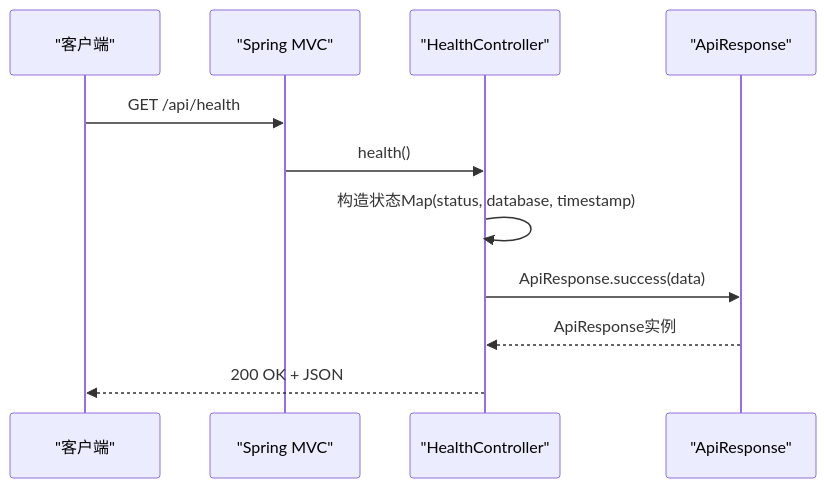
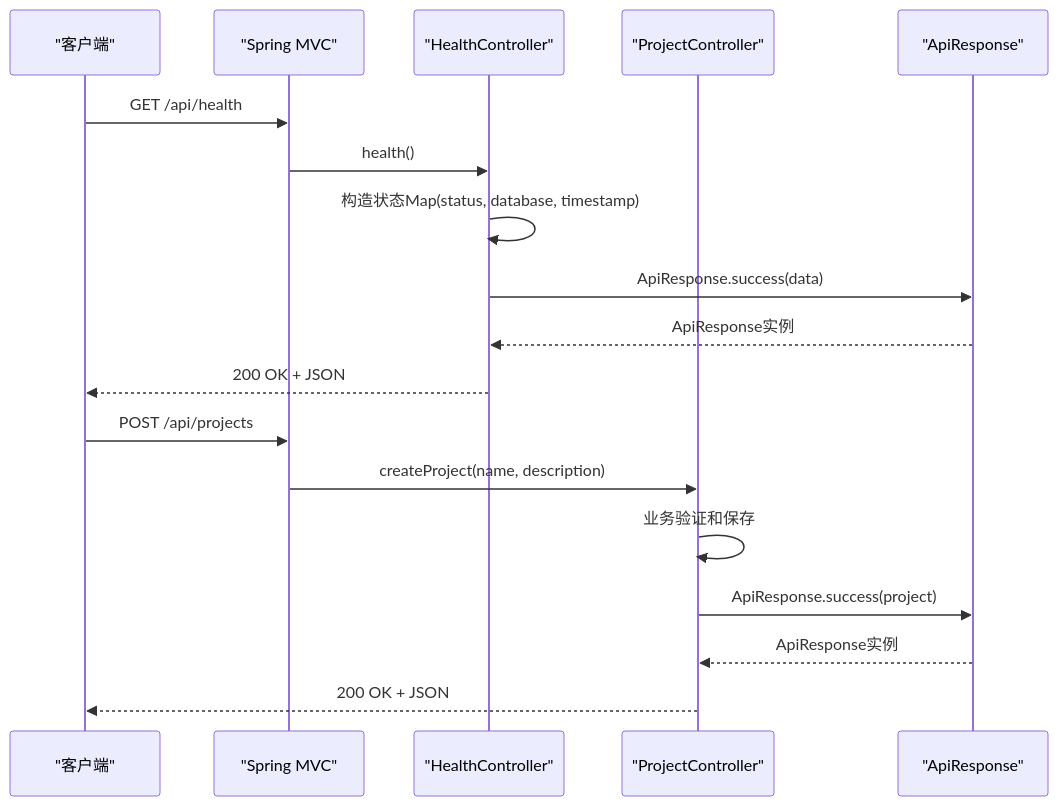
One commit to zhou9832/test1-qoder changed the second of 6 diagrams in .qoder/repowiki/zh/content/API接口文档.md. Above: the diagram before and after it, drawn with Mermaid. The commit also changed other lines of this file and 48 other files, not shown here.

````diff
--- a/.qoder/repowiki/zh/content/API接口文档.md
+++ b/.qoder/repowiki/zh/content/API接口文档.md
@@ -65,13 +89,20 @@
 ```mermaid
 sequenceDiagram
 participant C as "客户端"
 participant S as "Spring MVC"
 participant HC as "HealthController"
+participant PC as "ProjectController"
 participant R as "ApiResponse"
 C->>S : GET /api/health
 S->>HC : health()
 HC->>HC : 构造状态Map(status, database, timestamp)
 HC->>R : ApiResponse.success(data)
 R-->>HC : ApiResponse实例
 HC-->>C : 200 OK + JSON
+C->>S : POST /api/projects
+S->>PC : createProject(name, description)
+PC->>PC : 业务验证和保存
+PC->>R : ApiResponse.success(project)
+R-->>PC : ApiResponse实例
+PC-->>C : 200 OK + JSON
 ```
````
